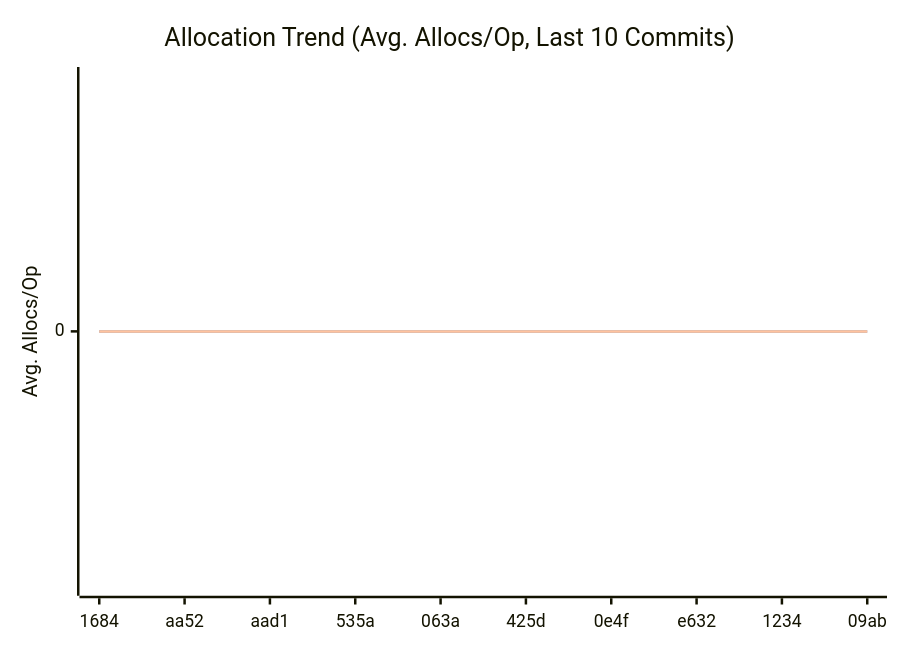
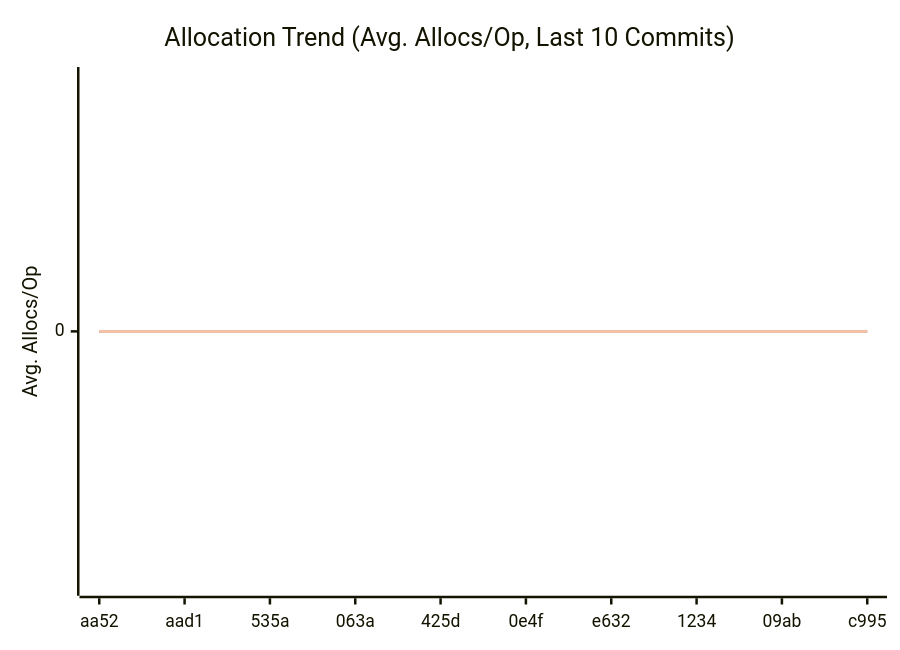
The third of 3 diagrams in doc/README.md (alsotoes/momo), drawn with Mermaid before and after one commit. The commit also changed other lines of this file and 1 other file, not shown here.

````diff
--- a/doc/README.md
+++ b/doc/README.md
@@ -312,10 +312,10 @@
 ```mermaid
 xychart-beta
     title "Allocation Trend (Avg. Allocs/Op, Last 10 Commits)"
     x-axis "Commit"
     y-axis "Avg. Allocs/Op"
-    x-axis [1684,aa52,aad1,535a,063a,425d,0e4f,e632,1234,09ab]
+    x-axis [aa52,aad1,535a,063a,425d,0e4f,e632,1234,09ab,c995]
     line "CheckMetricsAndSwap" [0,0,0,0,0,0,0,0,0,0]
     line "IndexDirectTracking" [0,0,0,0,0,0,0,0,0,0]
     line "IndexSearch" [0,0,0,0,0,0,0,0,0,0]
 ```
````
